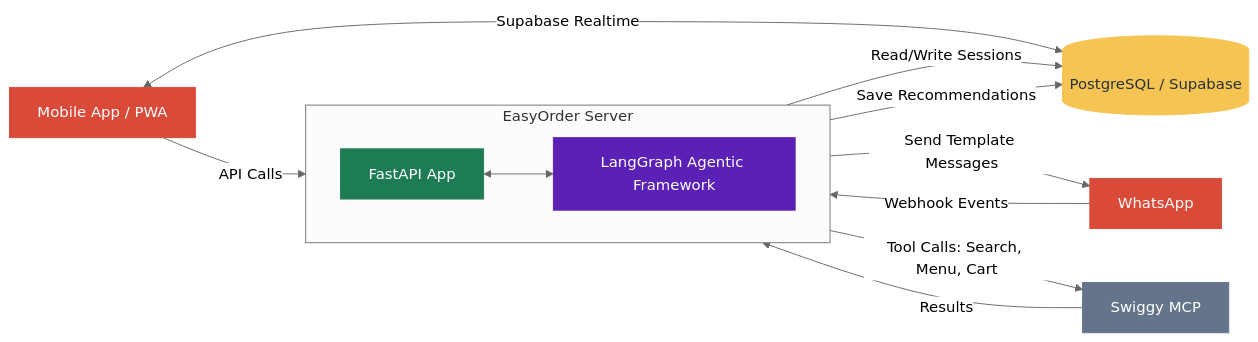
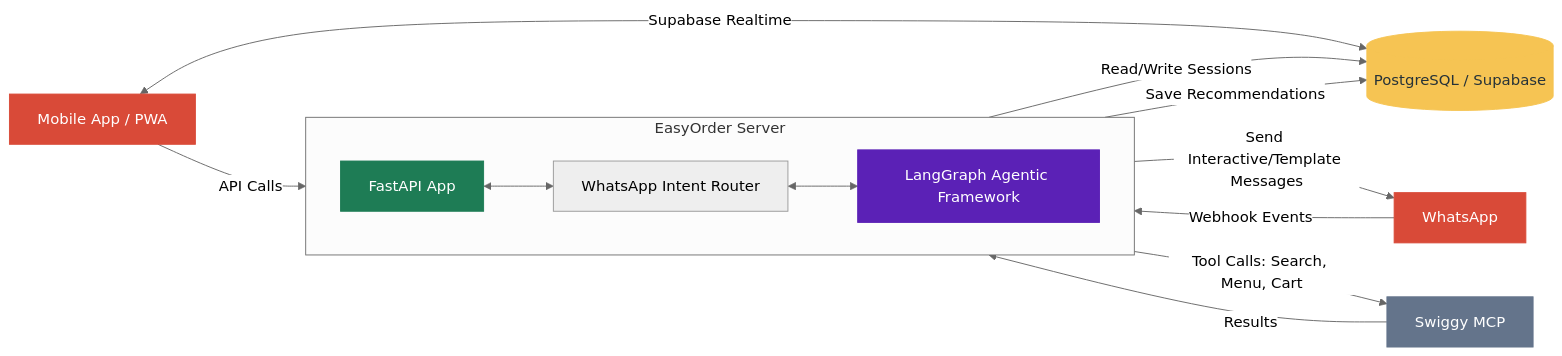
The first of 2 diagrams in docs/hld.md (vishalkumar9dec/EasyOrder), drawn with Mermaid (neutral theme) before and after one commit. The commit also changed other lines of this file and 9 other files, not shown here.

Commit message:
docs: update documentation for WhatsApp operating modes and related plans

````diff
--- a/docs/hld.md
+++ b/docs/hld.md
@@ -13,43 +13,45 @@
 ```mermaid
 graph LR
     %% ── Client Ingress (Left) ──
     WA[WhatsApp]
     APP[Mobile App / PWA]
 
     %% ── EasyOrder Server (Center) ──
     subgraph SERVER [EasyOrder Server]
         direction LR
         FAPI[FastAPI App]
+        ROUTER[WhatsApp Intent Router]
         LG[LangGraph Agentic Framework]
-        FAPI <--> LG
+        FAPI <--> ROUTER
+        ROUTER <--> LG
     end
 
     %% ── Swiggy (Right) ──
     SWIGGY[Swiggy MCP]
 
     %% ── Database (Bottom) ──
     DB[(PostgreSQL / Supabase)]
 
     %% ── Connections ──
     WA -->|Webhook Events| FAPI
-    FAPI -->|Send Template Messages| WA
+    FAPI -->|Send Interactive/Template Messages| WA
     APP -->|API Calls| FAPI
     APP <-->|Supabase Realtime| DB
     LG -->|Tool Calls: Search, Menu, Cart| SWIGGY
     SWIGGY -->|Results| LG
     FAPI -->|Read/Write Sessions| DB
     LG -->|Save Recommendations| DB
 
     %% ── Styling ──
     classDef client fill:#D94A38,stroke:#D94A38,color:#fff
     classDef server fill:#1E7C55,stroke:#1E7C55,color:#fff
     classDef agent fill:#5B21B6,stroke:#5B21B6,color:#fff
     classDef external fill:#64748B,stroke:#64748B,color:#fff
     classDef storage fill:#F6C453,stroke:#F6C453,color:#263238
 
     class WA,APP client
     class FAPI server
     class LG agent
     class SWIGGY external
     class DB storage
 ```
````
